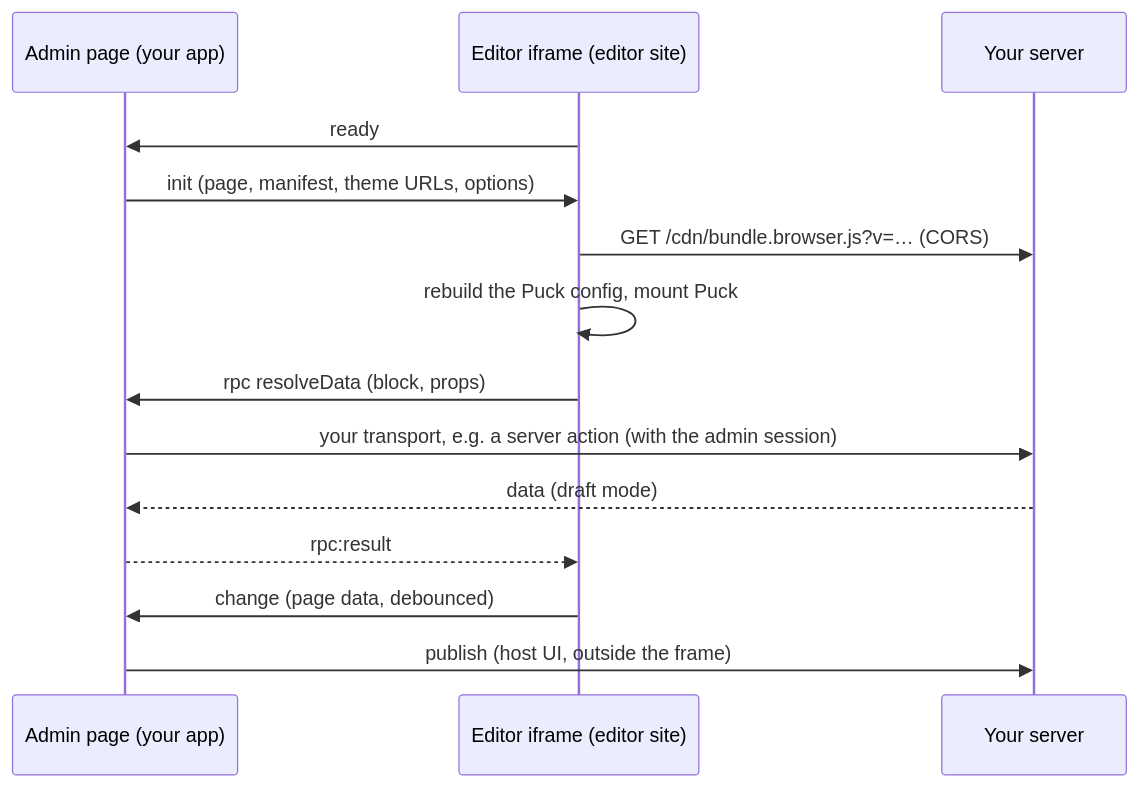
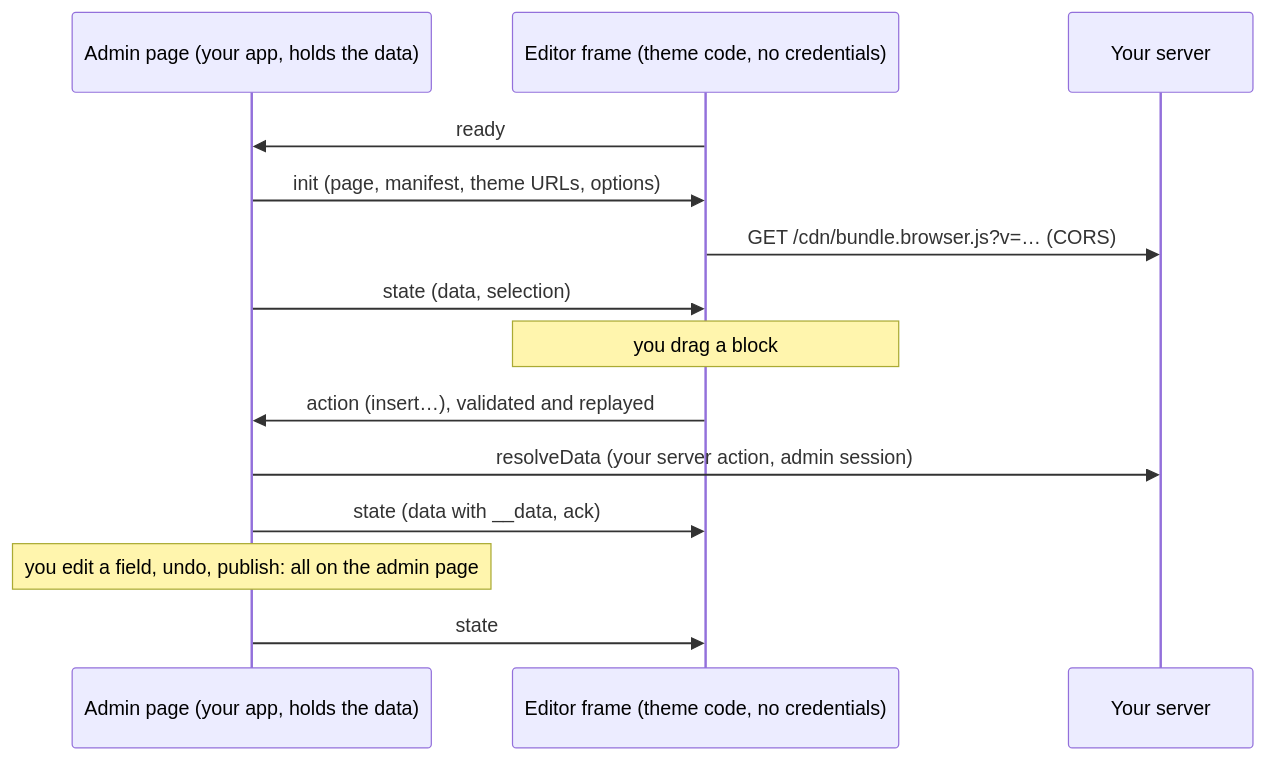
One commit to 0ctanium/puckremote changed the diagram in apps/docs/content/docs/(framework)/concepts/editor.mdx. Above: the diagram before and after it, drawn with Mermaid. The commit also changed other lines of this file and 23 other files, not shown here.

First line of the commit message:
Editor split: the admin page's Puck holds the data, the frame syncs by actions

````diff
--- a/apps/docs/content/docs/(framework)/concepts/editor.mdx
+++ b/apps/docs/content/docs/(framework)/concepts/editor.mdx
@@ -12,16 +22,16 @@
 ```mermaid
 sequenceDiagram
-  participant H as Admin page (your app)
-  participant E as Editor iframe (editor site)
+  participant A as Admin page (your app, holds the data)
+  participant E as Editor frame (theme code, no credentials)
   participant S as Your server
-  E->>H: ready
-  H->>E: init (page, manifest, theme URLs, options)
+  E->>A: ready
+  A->>E: init (page, manifest, theme URLs, options)
   E->>S: GET /cdn/bundle.browser.js?v=… (CORS)
-  E->>E: rebuild the Puck config, mount Puck
-  E->>H: rpc resolveData (block, props)
-  H->>S: your transport, e.g. a server action (with the admin session)
-  S-->>H: data (draft mode)
-  H-->>E: rpc:result
-  E->>H: change (page data, debounced)
-  H->>S: publish (host UI, outside the frame)
+  A->>E: state (data, selection)
+  Note over E: you drag a block
+  E->>A: action (insert…), validated and replayed
+  A->>S: resolveData (your server action, admin session)
+  A->>E: state (data with __data, ack)
+  Note over A: you edit a field, undo, publish: all on the admin page
+  A->>E: state
 ```
````
